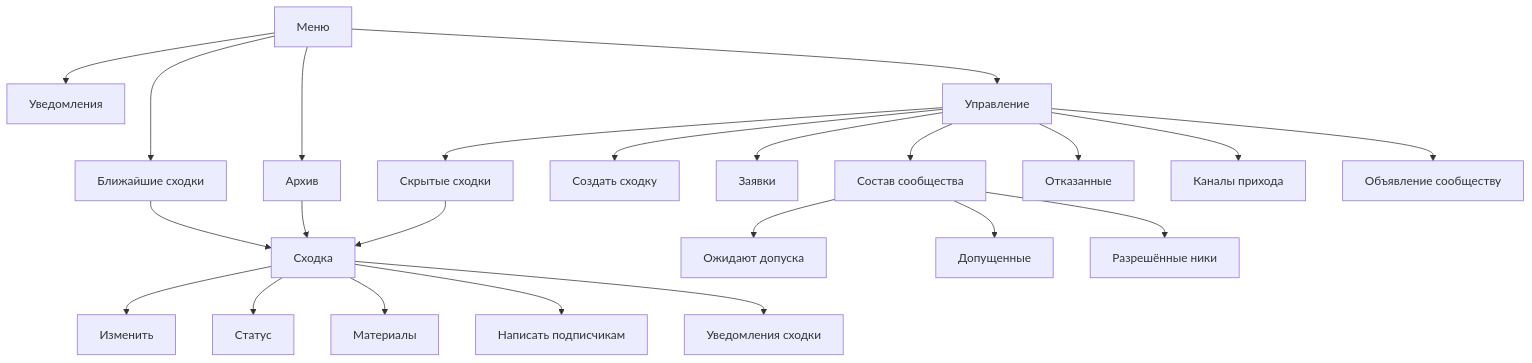
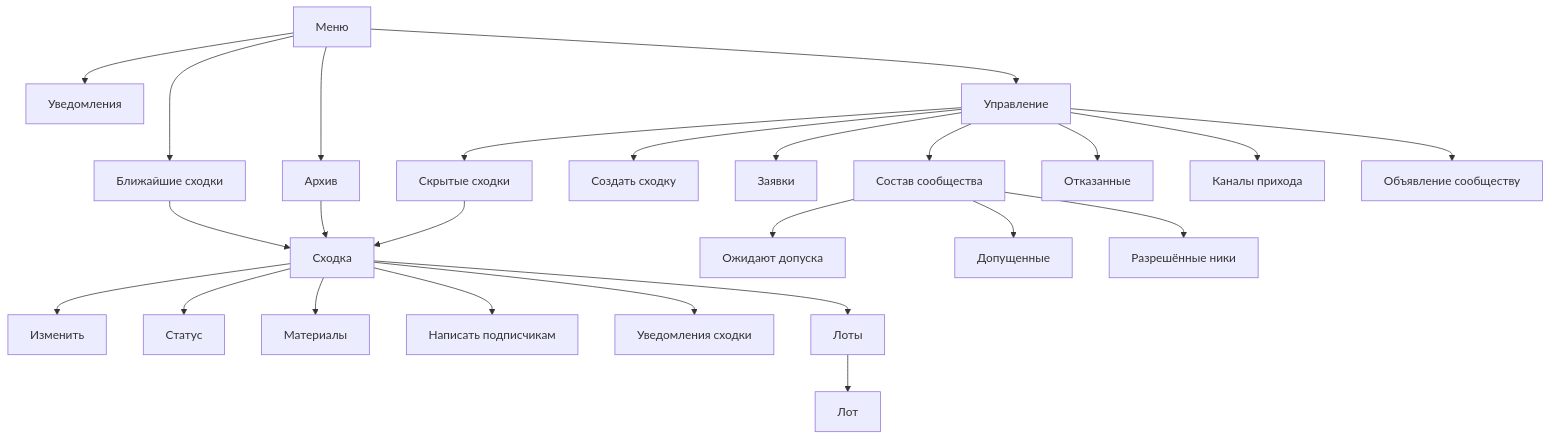
One commit to Solguficky/solguficky-hub changed the first of 2 diagrams in docs/design/bot/design-code.md. Above: the diagram before and after it, drawn with Mermaid. The commit also changed other lines of this file and 47 other files, not shown here.

````diff
--- a/docs/design/bot/design-code.md
+++ b/docs/design/bot/design-code.md
@@ -37,30 +37,32 @@
 ```mermaid
 flowchart TD
     menu[Меню]
     menu --> upcoming[Ближайшие сходки]
     menu --> archive[Архив]
     menu --> notify[Уведомления]
     menu --> manage[Управление]
 
     upcoming --> card[Сходка]
     archive --> card
     hidden --> card
 
     card --> edit[Изменить]
     card --> status[Статус]
     card --> materials[Материалы]
     card --> broadcast[Написать подписчикам]
     card --> notifyMeetup[Уведомления сходки]
+    card --> lots[Лоты]
+    lots --> lot[Лот]
 
     manage --> create[Создать сходку]
     manage --> hidden[Скрытые сходки]
     manage --> applications[Заявки]
     manage --> community[Состав сообщества]
     manage --> refused[Отказанные]
     manage --> channels[Каналы прихода]
     manage --> announce[Объявление сообществу]
 
     community --> pending[Ожидают допуска]
     community --> members[Допущенные]
     community --> nicks[Разрешённые ники]
 ```
````
